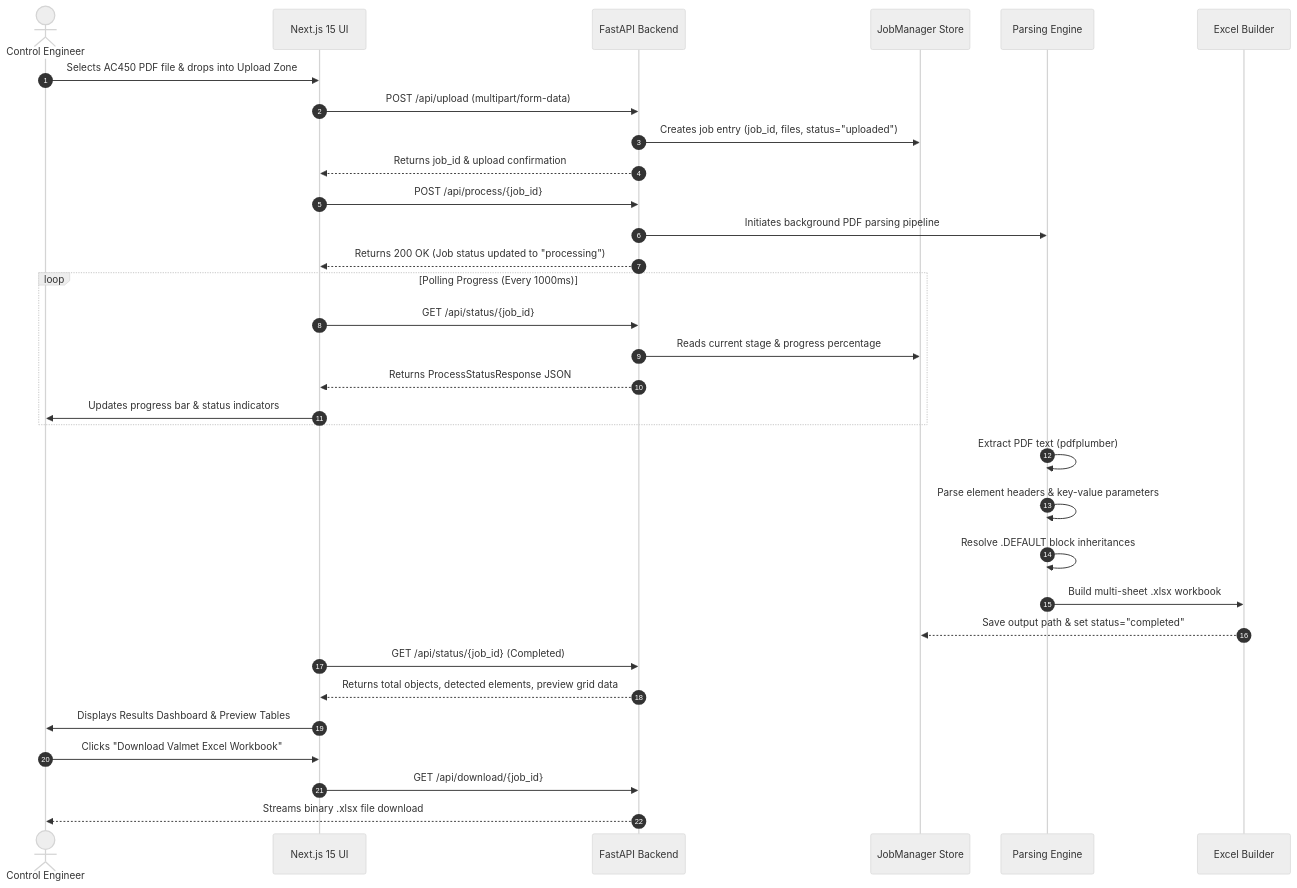
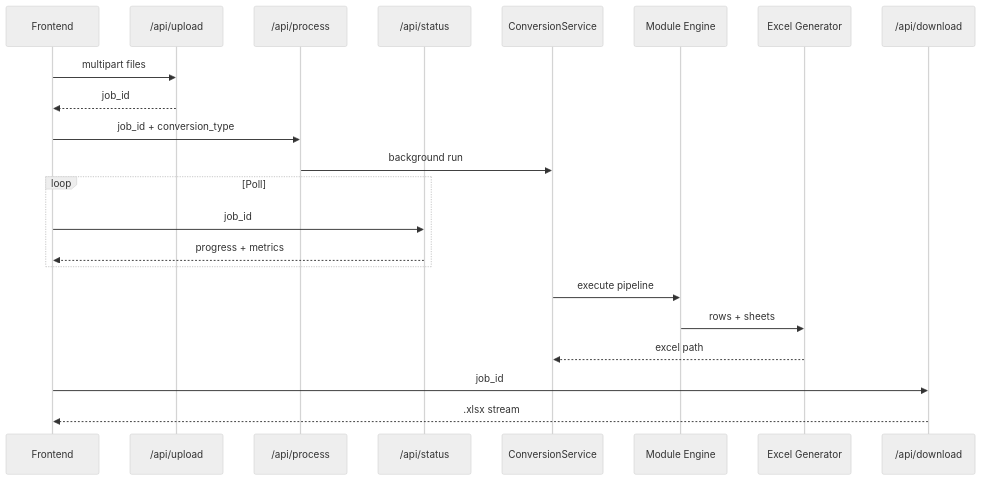
The second of 2 diagrams in README.md (vedantlanjekar-official/ABB-AC450-Migration-Studio), drawn with Mermaid (neutral theme) before and after one commit. The commit also changed other lines of this file and 10 other files, not shown here.

````diff
--- a/README.md
+++ b/README.md
@@ -130,40 +897,25 @@
 ```mermaid
 sequenceDiagram
-    autonumber
-    actor Engineer as Control Engineer
-    participant UI as Next.js 15 UI
-    participant API as FastAPI Backend
-    participant Store as JobManager Store
-    participant Engine as Parsing Engine
-    participant Excel as Excel Builder
+  participant UI as Frontend
+  participant UP as /api/upload
+  participant PR as /api/process
+  participant ST as /api/status
+  participant CS as ConversionService
+  participant EN as Module Engine
+  participant XL as Excel Generator
+  participant DL as /api/download
 
-    Engineer->>UI: Selects AC450 PDF file & drops into Upload Zone
-    UI->>API: POST /api/upload (multipart/form-data)
-    API->>Store: Creates job entry (job_id, files, status="uploaded")
-    API-->>UI: Returns job_id & upload confirmation
-    
-    UI->>API: POST /api/process/{job_id}
-    API->>Engine: Initiates background PDF parsing pipeline
-    API-->>UI: Returns 200 OK (Job status updated to "processing")
-    
-    loop Polling Progress (Every 1000ms)
-        UI->>API: GET /api/status/{job_id}
-        API->>Store: Reads current stage & progress percentage
-        API-->>UI: Returns ProcessStatusResponse JSON
-        UI->>Engineer: Updates progress bar & status indicators
-    end
-    
-    Engine->>Engine: Extract PDF text (pdfplumber)
-    Engine->>Engine: Parse element headers & key-value parameters
-    Engine->>Engine: Resolve .DEFAULT block inheritances
-    Engine->>Excel: Build multi-sheet .xlsx workbook
-    Excel-->>Store: Save output path & set status="completed"
-    
-    UI->>API: GET /api/status/{job_id} (Completed)
-    API-->>UI: Returns total objects, detected elements, preview grid data
-    UI->>Engineer: Displays Results Dashboard & Preview Tables
-    
-    Engineer->>UI: Clicks "Download Valmet Excel Workbook"
-    UI->>API: GET /api/download/{job_id}
-    API-->>Engineer: Streams binary .xlsx file download
+  UI->>UP: multipart files
+  UP-->>UI: job_id
+  UI->>PR: job_id + conversion_type
+  PR->>CS: background run
+  loop Poll
+    UI->>ST: job_id
+    ST-->>UI: progress + metrics
+  end
+  CS->>EN: execute pipeline
+  EN->>XL: rows + sheets
+  XL-->>CS: excel path
+  UI->>DL: job_id
+  DL-->>UI: .xlsx stream
 ```
````
